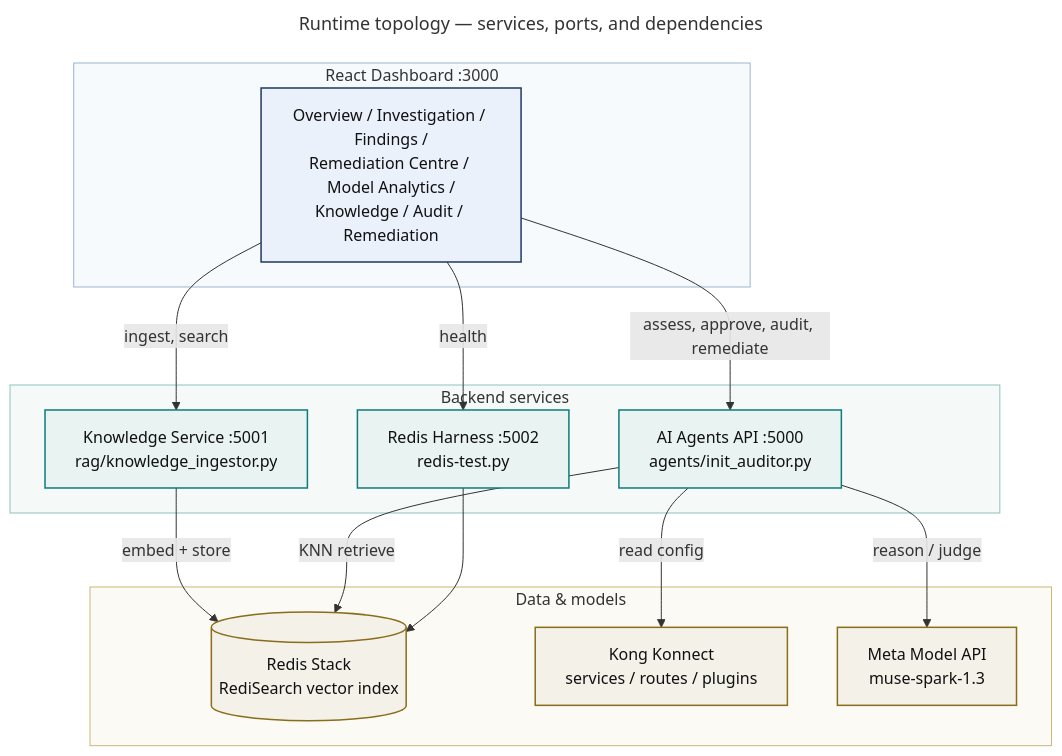
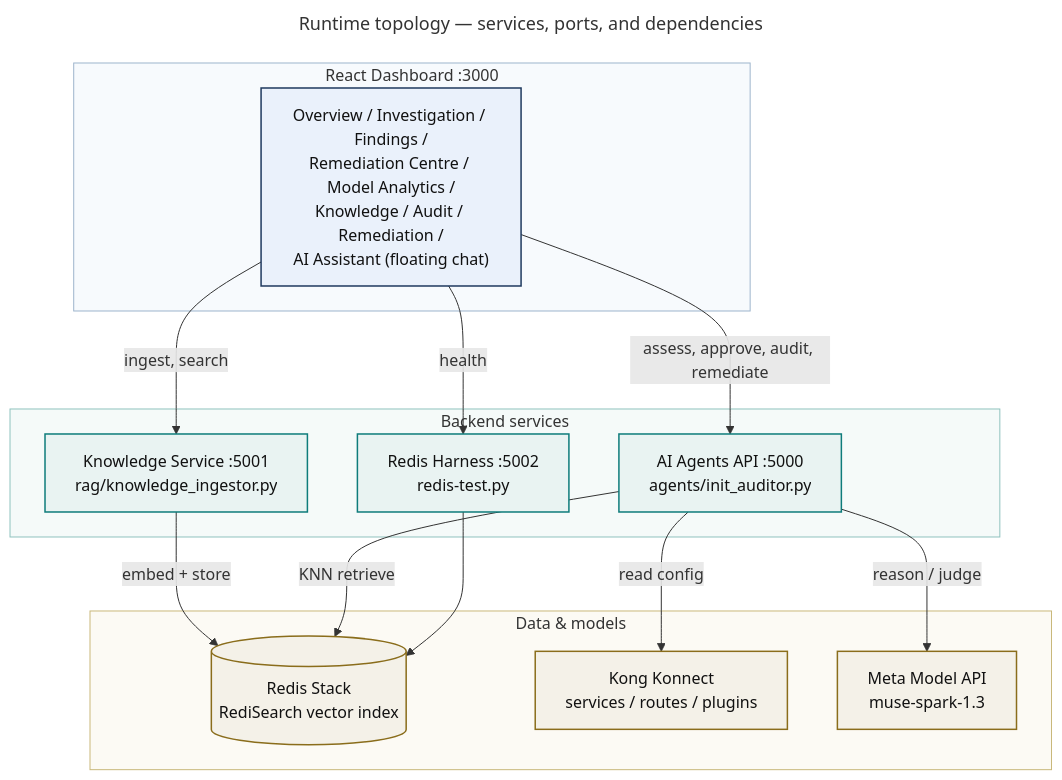
Before and after one commit to SachinGhumbre/enterprise-api-security-auditor-agents: the fourth of 5 diagrams in README.md, drawn with Mermaid. The commit also changed other lines of this file and 62 other files, not shown here.

````diff
--- a/README.md
+++ b/README.md
@@ -331,40 +336,40 @@
 ```mermaid
 ---
 title: Runtime topology — services, ports, and dependencies
 ---
 flowchart TB
     subgraph UI["React Dashboard :3000"]
-        D["Overview / Investigation / Findings /<br/>Remediation Centre / Model Analytics /<br/>Knowledge / Audit / Remediation"]
+        D["Overview / Investigation / Findings /<br/>Remediation Centre / Model Analytics /<br/>Knowledge / Audit / Remediation /<br/>AI Assistant (floating chat)"]
     end
 
     subgraph SVC["Backend services"]
         A["AI Agents API :5000<br/>agents/init_auditor.py"]
         K["Knowledge Service :5001<br/>rag/knowledge_ingestor.py"]
         R["Redis Harness :5002<br/>redis-test.py"]
     end
 
     subgraph DATA["Data & models"]
         RS[("Redis Stack<br/>RediSearch vector index")]
         KONG["Kong Konnect<br/>services / routes / plugins"]
         META["Meta Model API<br/>muse-spark-1.3"]
     end
 
     D -->|assess, approve, audit, remediate| A
     D -->|ingest, search| K
     D -->|health| R
     K -->|embed + store| RS
     A -->|KNN retrieve| RS
     A -->|read config| KONG
     A -->|reason / judge| META
     R --> RS
 
     classDef client fill:#EAF1FB,stroke:#1F3A5F,stroke-width:1.5px,color:#111;
     classDef svc fill:#E9F3F2,stroke:#0E7C7B,stroke-width:1.5px,color:#111;
     classDef ext fill:#F4F1E8,stroke:#8A6D1B,stroke-width:1.5px,color:#111;
     class D client;
     class A,K,R svc;
     class RS,KONG,META ext;
     style UI fill:#F7FAFD,stroke:#9DB4CC
     style SVC fill:#F5FAF9,stroke:#8FC2BE
     style DATA fill:#FCFAF4,stroke:#C9B87A
 ```
````
